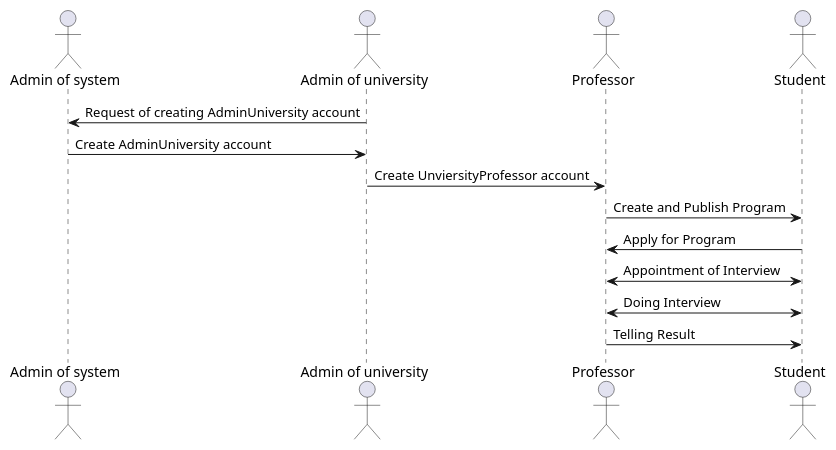
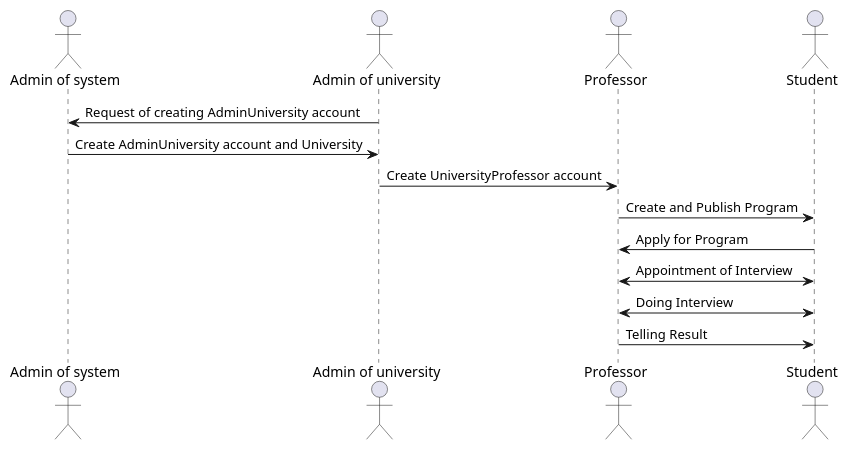
One commit to harleylara/isap_platform changed the diagram in uml/sequence_diagram.pu. Above: the diagram before and after it, drawn with PlantUML. The commit also changed 24 other files, not shown here.

```diff
--- a/uml/sequence_diagram.pu
+++ b/uml/sequence_diagram.pu
@@ -1,16 +1,16 @@
 @startuml "ISAP UML Sequence Diagram"
 actor "Admin of system"
 actor "Admin of university"
 actor Professor
 actor Student
 
 "Admin of university" -> "Admin of system" : Request of creating AdminUniversity account
-"Admin of system" -> "Admin of university" : Create AdminUniversity account
-"Admin of university" -> Professor : Create UnviersityProfessor account
+"Admin of system" -> "Admin of university" : Create AdminUniversity account and University
+"Admin of university" -> Professor : Create UniversityProfessor account
 Professor -> Student: Create and Publish Program
 Student -> Professor: Apply for Program
 Professor <-> Student: Appointment of Interview
 Professor <-> Student: Doing Interview
 Professor -> Student: Telling Result
 
 @enduml
```
